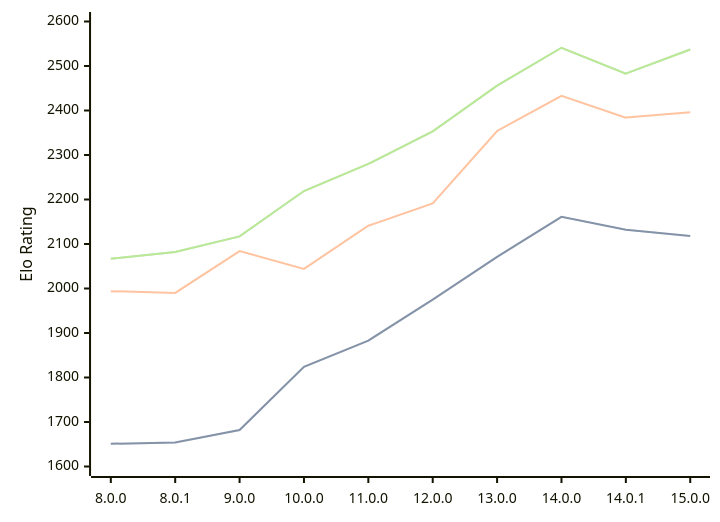
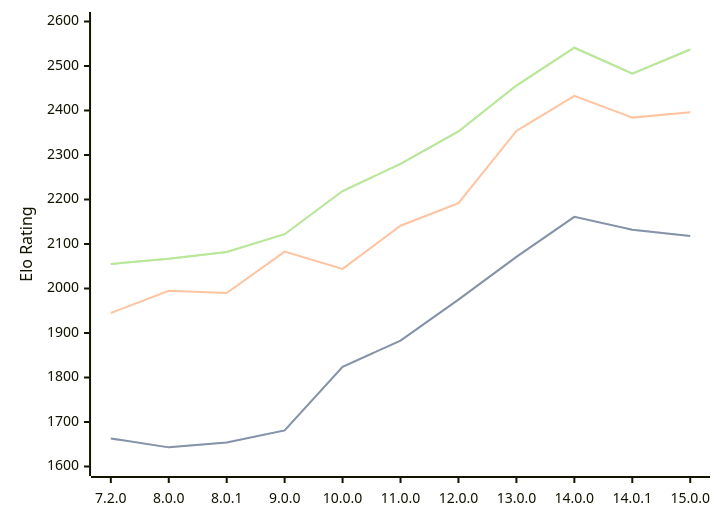
Before and after one commit to computer-chess-index/cci: the diagram in engines/Cepimetheus.md, drawn with Mermaid. The commit also changed other lines of this file, not shown here.

Commit message:
Update CCI Ratings (ELO VLTC) - 2026-08-27

````diff
--- a/engines/Cepimetheus.md
+++ b/engines/Cepimetheus.md
@@ -66,11 +66,11 @@
 ```mermaid
 %%{init: {"theme":"base","themeVariables":{"seriesColors:['#a3a3a3','#222221','#faa371']}}}%%
 xychart-beta
-  x-axis ["8.0.0", "8.0.1", "9.0.0", "10.0.0", "11.0.0", "12.0.0", "13.0.0", "14.0.0", "14.0.1", "15.0.0"]
+  x-axis ["7.2.0", "8.0.0", "8.0.1", "9.0.0", "10.0.0", "11.0.0", "12.0.0", "13.0.0", "14.0.0", "14.0.1", "15.0.0"]
   y-axis "Elo Rating" 1600 --> 2600
-  line "" [1651, 1654, 1682, 1824, 1883, 1975, 2071, 2161, 2132, 2118]
-  line "STC (8.0+0.08s)" [1651, 1654, 1682, 1824, 1883, 1975, 2071, 2161, 2132, 2118]
-  line "LTC (60.0+0.60s)" [1994, 1990, 2084, 2044, 2141, 2191, 2354, 2433, 2384, 2396]
-  line "" [2067, 2082, 2117, 2219, 2280, 2353, 2456, 2541, 2483, 2537]
-  line "VLTC (2m24s+1.12s)" [2067, 2082, 2117, 2219, 2280, 2353, 2456, 2541, 2483, 2537]
+  line "STC (8.0+0.08s)" [1663, 1643, 1654, 1681, 1824, 1883, 1975, 2071, 2161, 2132, 2118]
+  line "STC (8.0+0.08s)" [1663, 1643, 1654, 1681, 1824, 1883, 1975, 2071, 2161, 2132, 2118]
+  line "LTC (60.0+0.60s)" [1945, 1995, 1990, 2083, 2044, 2141, 2192, 2354, 2433, 2384, 2396]
+  line "VLTC (2m24s+1.12s)" [2055, 2067, 2082, 2122, 2219, 2280, 2353, 2456, 2541, 2483, 2537]
+  line "VLTC (2m24s+1.12s)" [2055, 2067, 2082, 2122, 2219, 2280, 2353, 2456, 2541, 2483, 2537]
 ```
````
